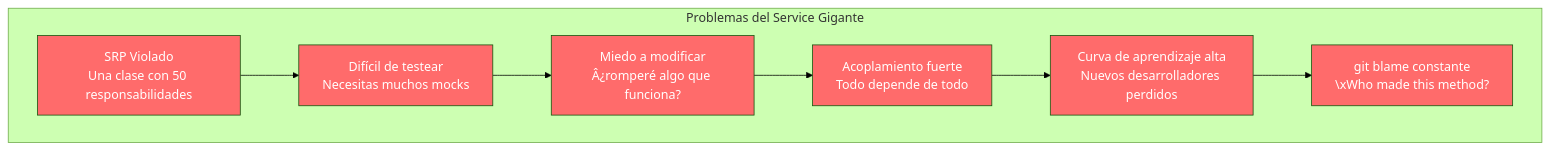
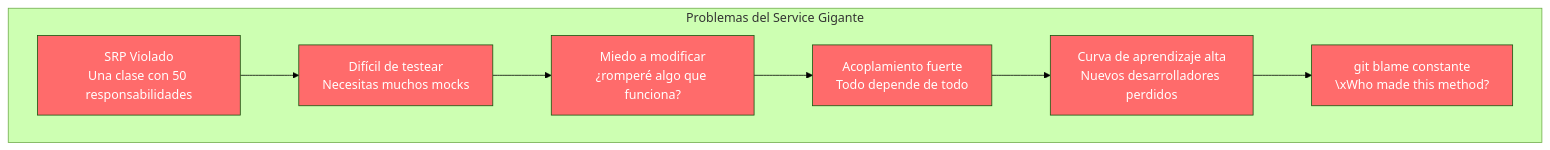
The first of 23 diagrams in doc/12-cqrs-commands-queries.md (joseluisgs/TiendaDawApi-Cqrs-MediatR-NetCore), drawn with Mermaid (forest theme) before and after one commit. The commit also changed other lines of this file and 27 other files, not shown here.

````diff
--- a/doc/12-cqrs-commands-queries.md
+++ b/doc/12-cqrs-commands-queries.md
@@ -63,17 +63,17 @@
 ```mermaid
 flowchart TB
     subgraph "Problemas del Service Gigante"
         A["SRP Violado\nUna clase con 50 responsabilidades"] --> B["Difícil de testear\nNecesitas muchos mocks"]
-        B --> C["Miedo a modificar\nÂ¿romperé algo que funciona?"]
+        B --> C["Miedo a modificar\n¿romperé algo que funciona?"]
         C --> D["Acoplamiento fuerte\nTodo depende de todo"]
         D --> E["Curva de aprendizaje alta\nNuevos desarrolladores perdidos"]
         E --> F[" git blame constante\n\xWho made this method?"]
     end
     
     style A fill:#ff6b6b,color:#fff
     style B fill:#ff6b6b,color:#fff
     style C fill:#ff6b6b,color:#fff
     style D fill:#ff6b6b,color:#fff
     style E fill:#ff6b6b,color:#fff
     style F fill:#ff6b6b,color:#fff
 ```
````
